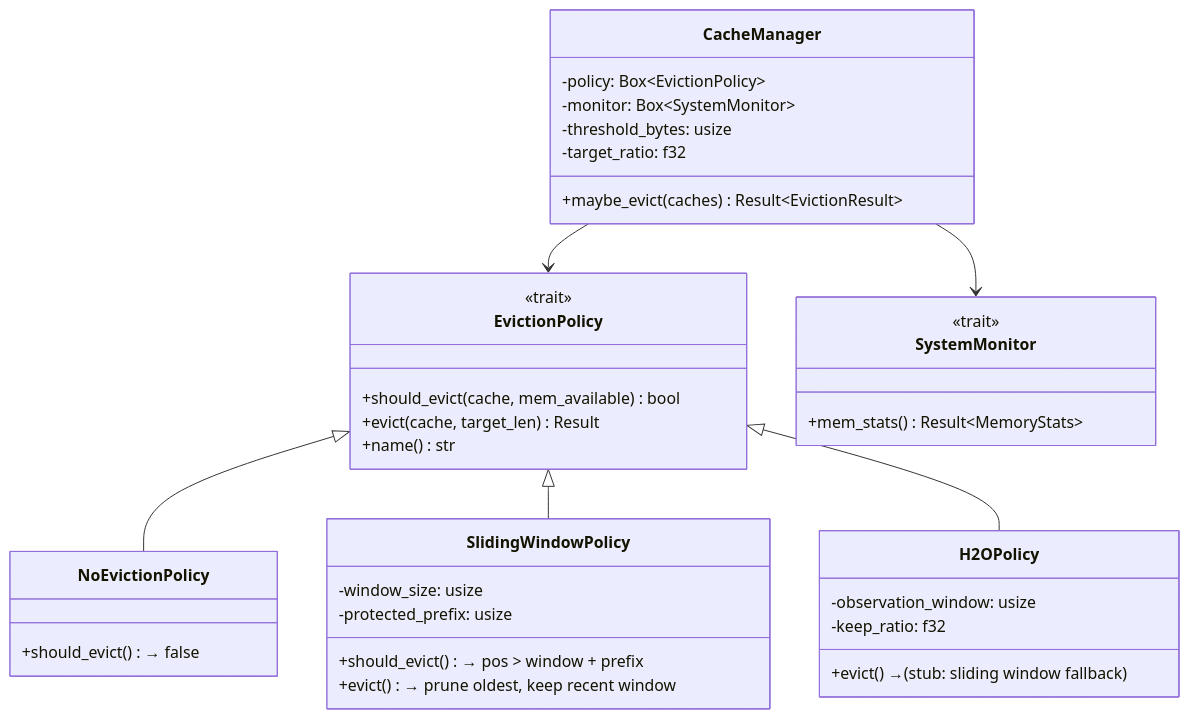
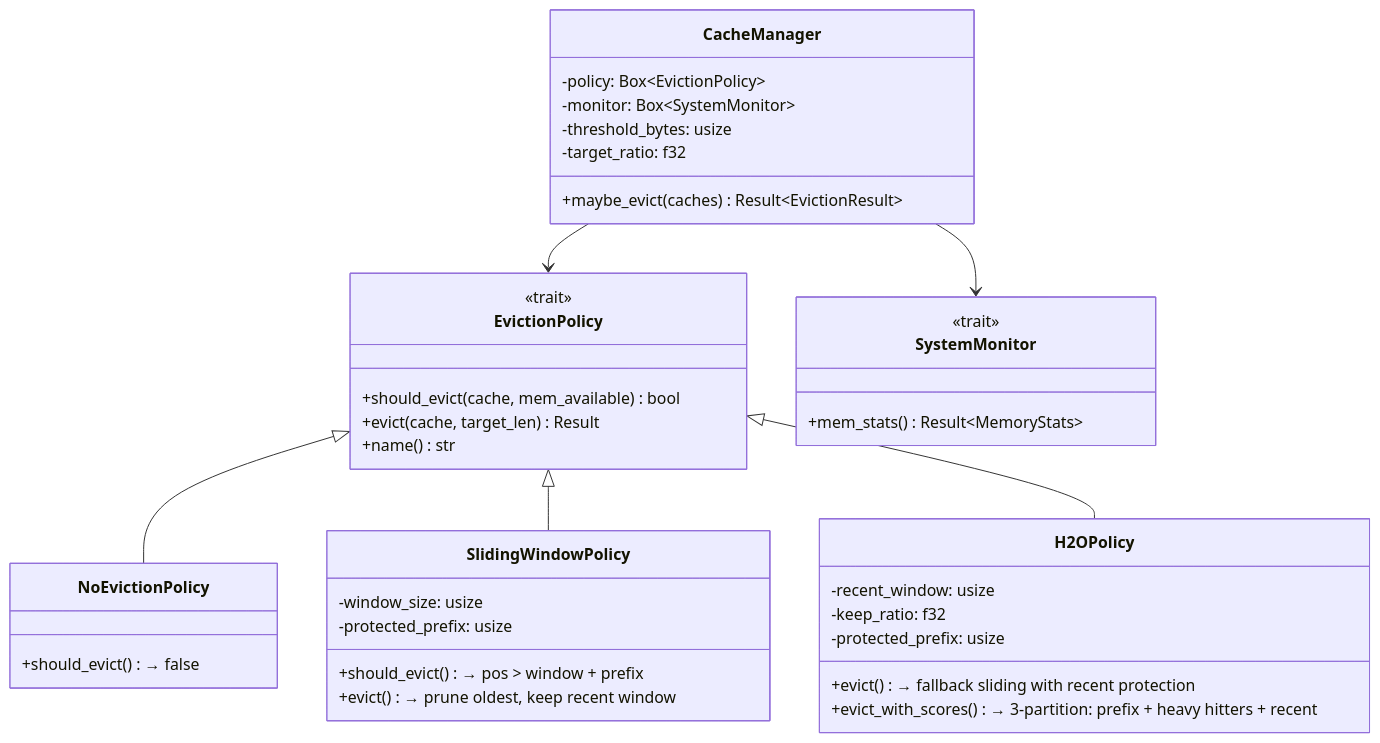
One commit to hedone21/llm_rs2 changed the fourth of 5 diagrams in ARCHITECTURE.md. Above: the diagram before and after it, drawn with Mermaid. The commit also changed other lines of this file and 4 other files, not shown here.

First line of the commit message:
feat(eviction): implement H2O 3-partition model with recent window protection

````diff
--- a/ARCHITECTURE.md
+++ b/ARCHITECTURE.md
@@ -211,43 +211,45 @@
 ```mermaid
 classDiagram
     class EvictionPolicy {
         <<trait>>
         +should_evict(cache, mem_available) bool
         +evict(cache, target_len) Result
         +name() str
     }
 
     class CacheManager {
         -policy: Box~EvictionPolicy~
         -monitor: Box~SystemMonitor~
         -threshold_bytes: usize
         -target_ratio: f32
         +maybe_evict(caches) Result~EvictionResult~
     }
 
     class SystemMonitor {
         <<trait>>
         +mem_stats() Result~MemoryStats~
     }
 
     class NoEvictionPolicy {
         +should_evict() → false
     }
     class SlidingWindowPolicy {
         -window_size: usize
         -protected_prefix: usize
         +should_evict() → pos > window + prefix
         +evict() → prune oldest, keep recent window
     }
     class H2OPolicy {
-        -observation_window: usize
+        -recent_window: usize
         -keep_ratio: f32
-        +evict() → (stub: sliding window fallback)
+        -protected_prefix: usize
+        +evict() → fallback sliding with recent protection
+        +evict_with_scores() → 3-partition: prefix + heavy hitters + recent
     }
 
     CacheManager --> EvictionPolicy
     CacheManager --> SystemMonitor
     EvictionPolicy <|-- NoEvictionPolicy
     EvictionPolicy <|-- SlidingWindowPolicy
     EvictionPolicy <|-- H2OPolicy
 ```
````
